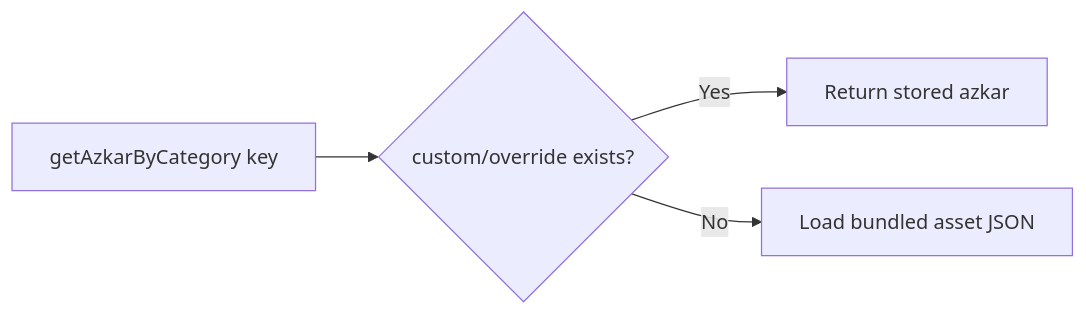
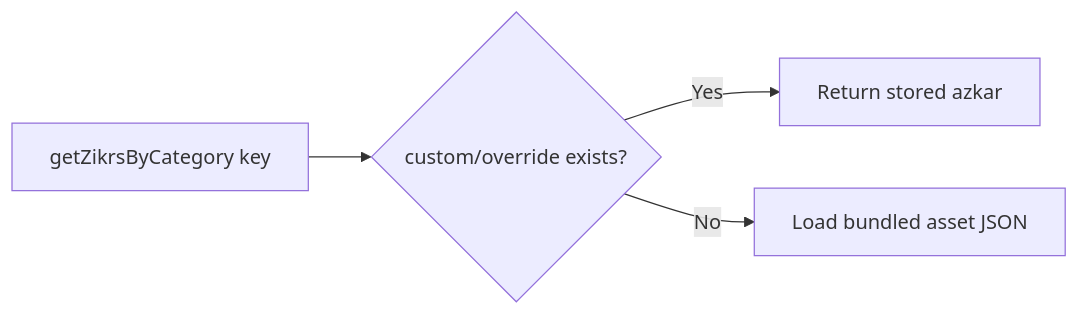
The second of 2 diagrams in docs/features/azkar/README.md (Korya0/Sana), drawn with Mermaid before and after one commit. The commit also changed other lines of this file and 174 other files, not shown here.

First line of the commit message:
feat(azkar): overhaul settings management and data architecture

````diff
--- a/docs/features/azkar/README.md
+++ b/docs/features/azkar/README.md
@@ -49,6 +49,6 @@
 ```mermaid
 flowchart LR
-  Req[getAzkarByCategory key] --> Q{custom/override exists?}
+  Req[getZikrsByCategory key] --> Q{custom/override exists?}
   Q -->|Yes| S[Return stored azkar]
   Q -->|No| B[Load bundled asset JSON]
 ```
````
